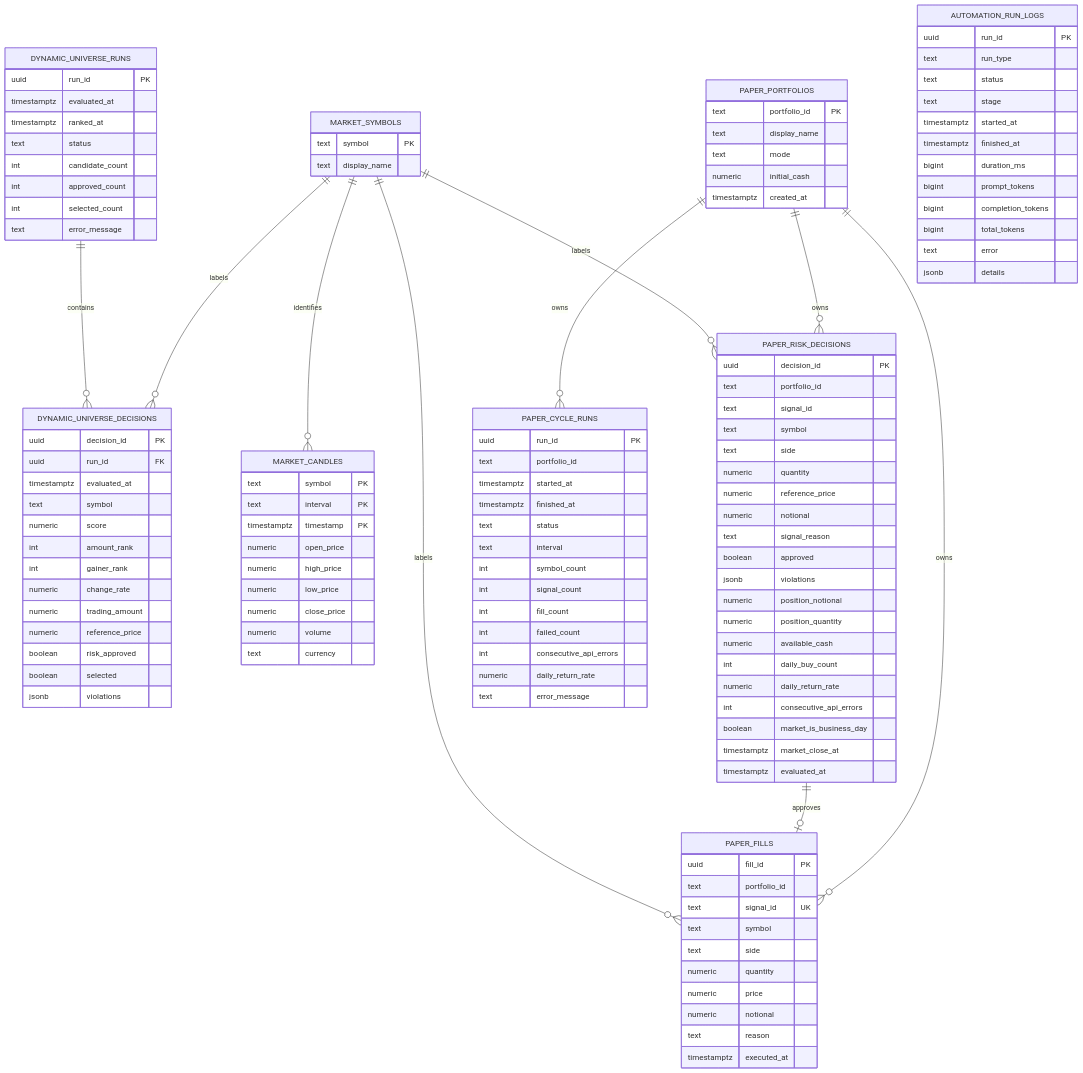
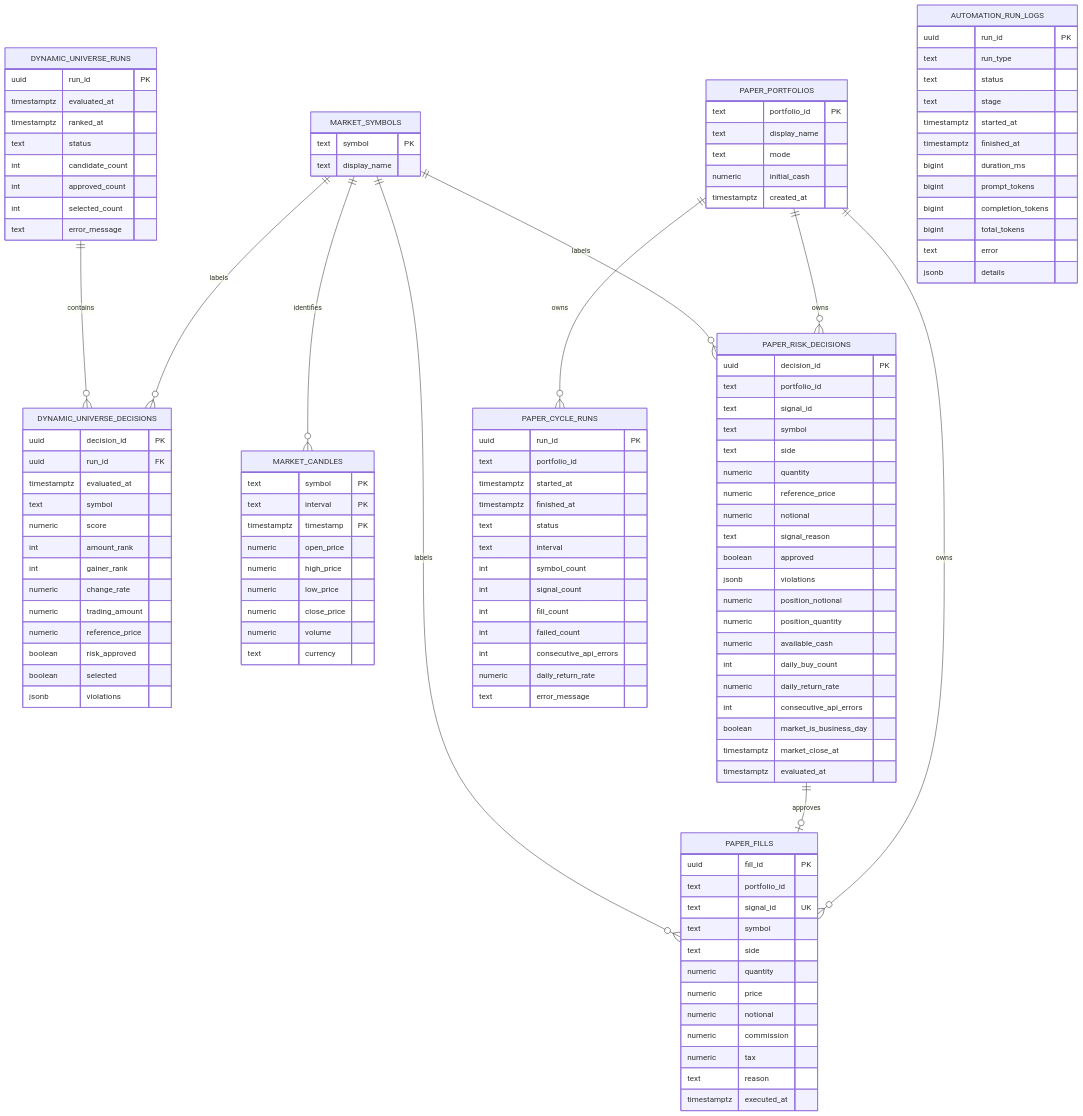
Diagram 12 of 12 in docs/system-workflow.md (hunchulchoi/toss-trader), drawn with Mermaid before and after one commit. The commit also changed 9 other files, not shown here.

```diff
--- a/docs/system-workflow.md
+++ b/docs/system-workflow.md
@@ -541,6 +541,8 @@
         numeric quantity
         numeric price
         numeric notional
+        numeric commission
+        numeric tax
         text reason
         timestamptz executed_at
     }
```
